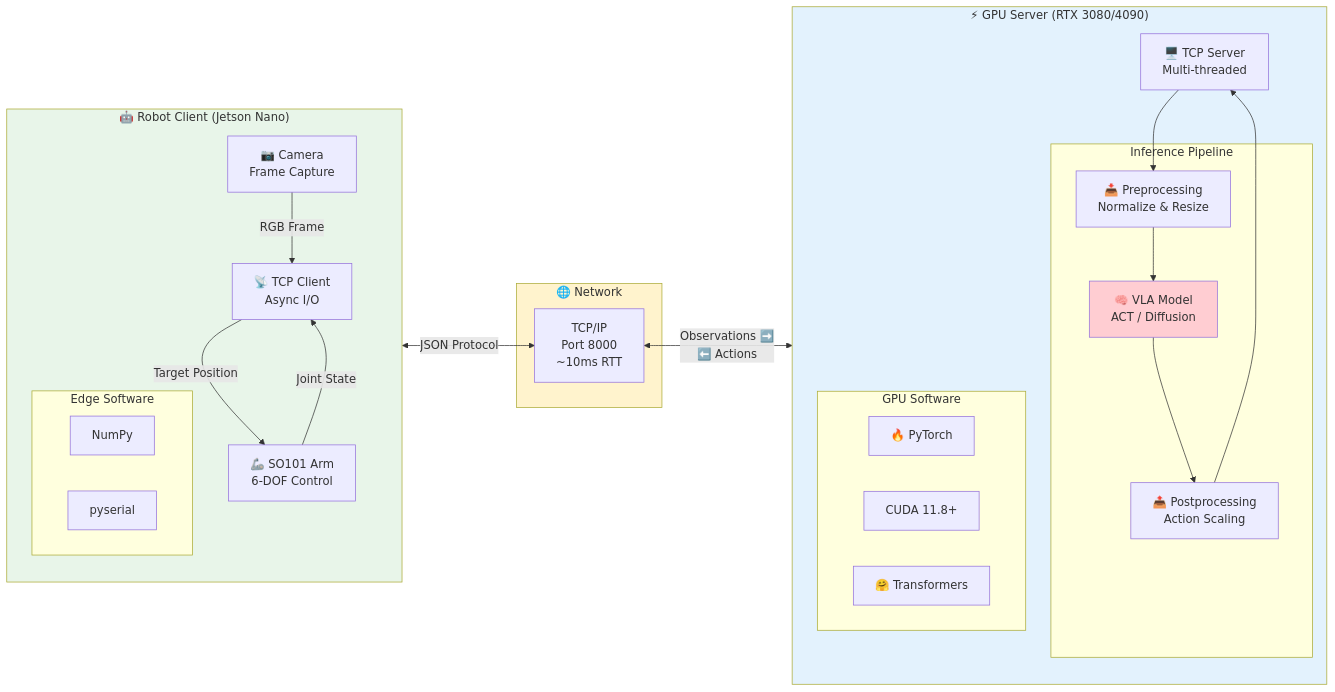
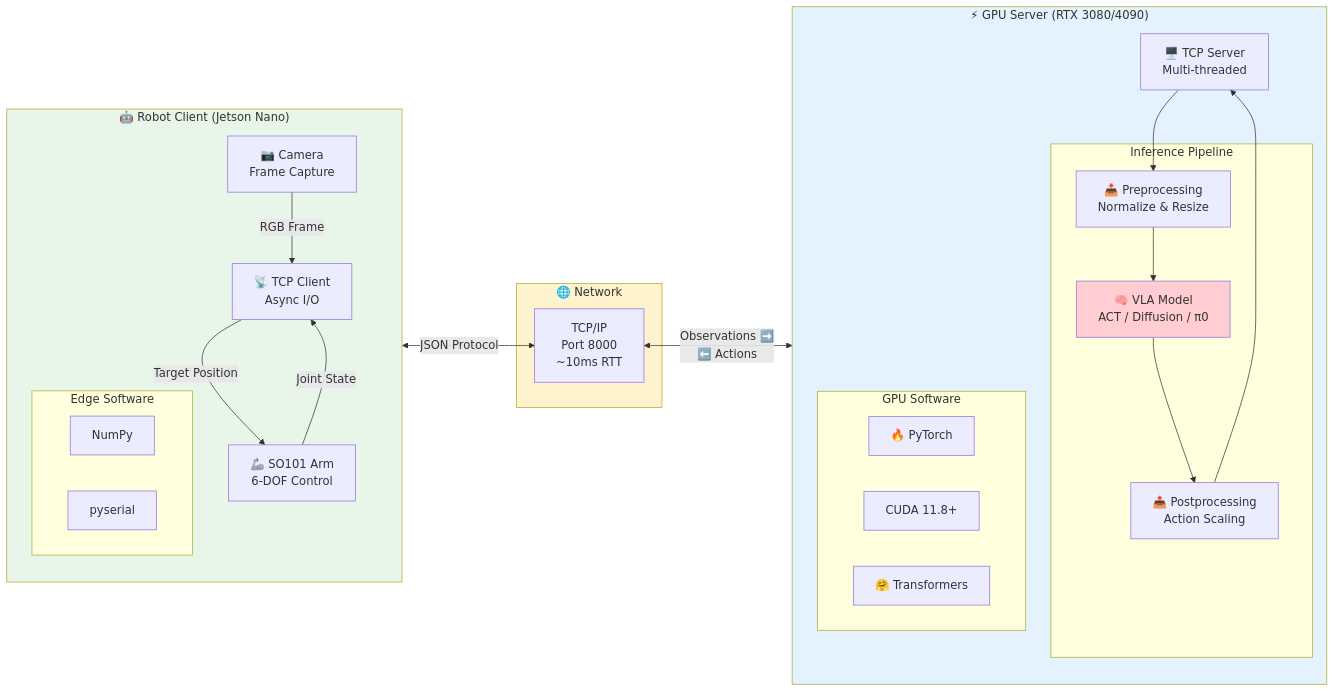
Before and after one commit to nu-jliu/nu-jliu.github.io: the fourth of 5 diagrams in _posts/2025-12-18-allen-vla.md, drawn with Mermaid. The commit also changed other lines of this file and 2 other files, not shown here.

Commit message:
update vla post

````diff
--- a/_posts/2025-12-18-allen-vla.md
+++ b/_posts/2025-12-18-allen-vla.md
@@ -245,50 +245,50 @@
 ```mermaid
 flowchart LR
     subgraph Robot["🤖 Robot Client (Jetson Nano)"]
         direction TB
         ARM["🦾 SO101 Arm<br/>6-DOF Control"]
         CAM["📷 Camera<br/>Frame Capture"]
         CLIENT["📡 TCP Client<br/>Async I/O"]
 
         subgraph EdgeStack["Edge Software"]
             NUMPY["NumPy"]
             SERIAL["pyserial"]
         end
     end
 
     subgraph Network["🌐 Network"]
         TCP["TCP/IP<br/>Port 8000<br/>~10ms RTT"]
     end
 
     subgraph GPU["⚡ GPU Server (RTX 3080/4090)"]
         direction TB
         SERVER["🖥️ TCP Server<br/>Multi-threaded"]
 
         subgraph Inference["Inference Pipeline"]
             PREPROCESS["📥 Preprocessing<br/>Normalize & Resize"]
-            MODEL["🧠 VLA Model<br/>ACT / Diffusion"]
+            MODEL["🧠 VLA Model<br/>ACT / Diffusion / π0"]
             POSTPROCESS["📤 Postprocessing<br/>Action Scaling"]
         end
 
         subgraph GPUStack["GPU Software"]
             TORCH2["🔥 PyTorch"]
             CUDA["CUDA 11.8+"]
             HF2["🤗 Transformers"]
         end
     end
 
     CAM -->|"RGB Frame"| CLIENT
     ARM -->|"Joint State"| CLIENT
     CLIENT <-->|"JSON Protocol"| TCP
     TCP <-->|"Observations ➡️<br/>⬅️ Actions"| SERVER
     SERVER --> PREPROCESS
     PREPROCESS --> MODEL
     MODEL --> POSTPROCESS
     POSTPROCESS --> SERVER
     CLIENT -->|"Target Position"| ARM
 
     style Robot fill:#e8f5e9
     style GPU fill:#e3f2fd
     style Network fill:#fff3cd
     style MODEL fill:#ffcdd2
 ```
````
